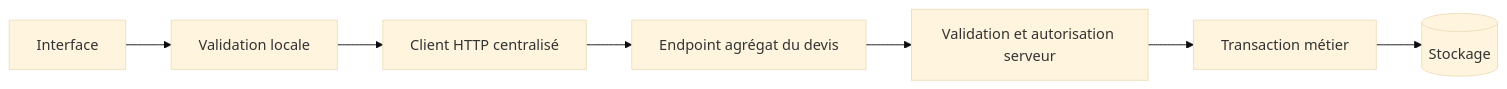
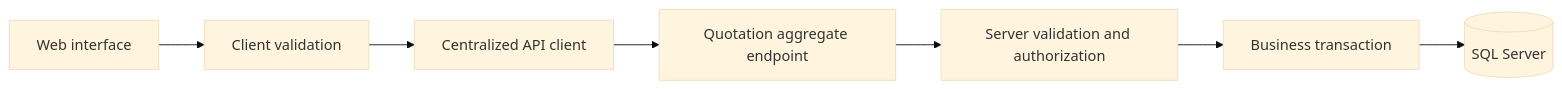
The fifth of 5 diagrams in docs/architecture.md (KhaledZouari/pfe-clinisys-devis-cures), drawn with Mermaid (base theme) before and after one commit. The commit also changed other lines of this file and 6 other files, not shown here.

````diff
--- a/docs/architecture.md
+++ b/docs/architecture.md
@@ -96,9 +110,9 @@
 ```mermaid
 flowchart LR
-    UI[Interface] --> V[Validation locale]
-    V --> C[Client HTTP centralisé]
-    C --> A[Endpoint agrégat du devis]
-    A --> S[Validation et autorisation serveur]
-    S --> T[Transaction métier]
-    T --> DB[(Stockage)]
+    UI[Web interface] --> V[Client validation]
+    V --> C[Centralized API client]
+    C --> A[Quotation aggregate endpoint]
+    A --> S[Server validation and authorization]
+    S --> T[Business transaction]
+    T --> DB[(SQL Server)]
 ```
````
